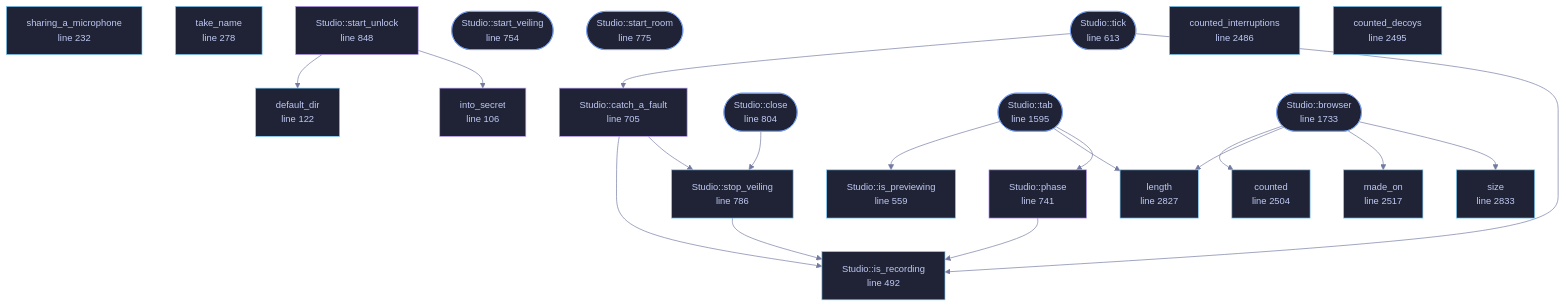
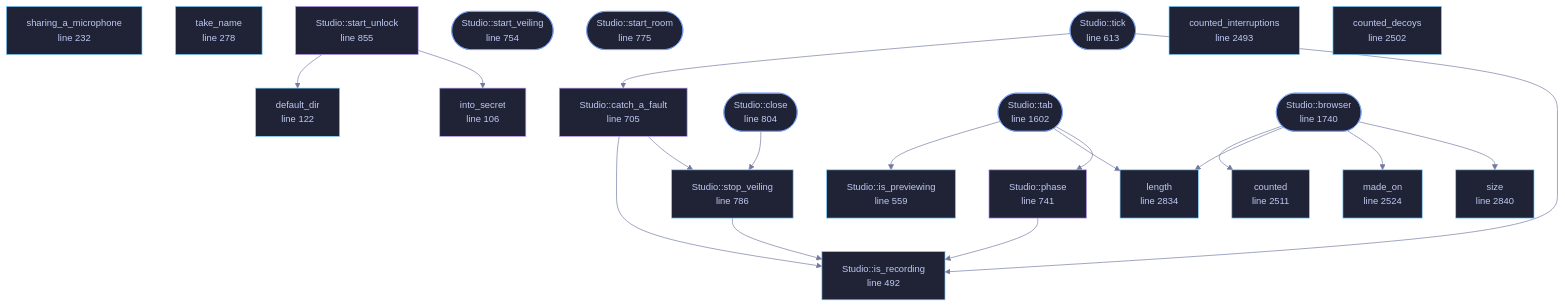
One commit to tilas01/veilvoice changed the diagram in wiki/File-veilvoice-gui-studio.md. Above: the diagram before and after it, drawn with Mermaid. The commit also changed other lines of this file and 61 other files, not shown here.

````diff
--- a/wiki/File-veilvoice-gui-studio.md
+++ b/wiki/File-veilvoice-gui-studio.md
@@ -178,70 +178,70 @@
 ```mermaid
 %%{init: {"theme":"base","themeVariables":{"background":"#1a1b26","primaryColor":"#1f2335","primaryTextColor":"#c0caf5","primaryBorderColor":"#7aa2f7","secondaryColor":"#16161e","tertiaryColor":"#16161e","lineColor":"#737aa2","textColor":"#c0caf5","mainBkg":"#1f2335","nodeBorder":"#7aa2f7","clusterBkg":"#16161e","clusterBorder":"#2f3549","fontFamily":"ui-monospace, SFMono-Regular, Consolas, monospace","fontSize":"14px"}}}%%
 flowchart TD
     n_into_secret["into_secret<br/>line 106"]
     n_default_dir["default_dir<br/>line 122"]
     n_sharing_a_microphone["sharing_a_microphone<br/>line 232"]
     n_take_name["take_name<br/>line 278"]
     n_is_recording["Studio::is_recording<br/>line 492"]
     n_is_previewing["Studio::is_previewing<br/>line 559"]
     n_tick(["Studio::tick<br/>line 613"])
     n_catch_a_fault["Studio::catch_a_fault<br/>line 705"]
     n_phase["Studio::phase<br/>line 741"]
     n_start_veiling(["Studio::start_veiling<br/>line 754"])
     n_start_room(["Studio::start_room<br/>line 775"])
     n_stop_veiling["Studio::stop_veiling<br/>line 786"]
     n_close(["Studio::close<br/>line 804"])
-    n_start_unlock["Studio::start_unlock<br/>line 848"]
-    n_tab(["Studio::tab<br/>line 1595"])
-    n_browser(["Studio::browser<br/>line 1733"])
-    n_counted_interruptions["counted_interruptions<br/>line 2486"]
-    n_counted_decoys["counted_decoys<br/>line 2495"]
-    n_counted["counted<br/>line 2504"]
-    n_made_on["made_on<br/>line 2517"]
-    n_length["length<br/>line 2827"]
-    n_size["size<br/>line 2833"]
+    n_start_unlock["Studio::start_unlock<br/>line 855"]
+    n_tab(["Studio::tab<br/>line 1602"])
+    n_browser(["Studio::browser<br/>line 1740"])
+    n_counted_interruptions["counted_interruptions<br/>line 2493"]
+    n_counted_decoys["counted_decoys<br/>line 2502"]
+    n_counted["counted<br/>line 2511"]
+    n_made_on["made_on<br/>line 2524"]
+    n_length["length<br/>line 2834"]
+    n_size["size<br/>line 2840"]
     n_browser --> n_counted
     n_browser --> n_length
     n_browser --> n_made_on
     n_browser --> n_size
     n_catch_a_fault --> n_is_recording
     n_catch_a_fault --> n_stop_veiling
     n_close --> n_stop_veiling
     n_phase --> n_is_recording
     n_start_unlock --> n_default_dir
     n_start_unlock --> n_into_secret
     n_stop_veiling --> n_is_recording
     n_tab --> n_is_previewing
     n_tab --> n_length
     n_tab --> n_phase
     n_tick --> n_catch_a_fault
     n_tick --> n_is_recording
     click n_into_secret href "https://github.com/tilas01/veilvoice/blob/main/crates/veilvoice-gui/src/studio.rs#L106" "open the source"
     click n_default_dir href "https://github.com/tilas01/veilvoice/blob/main/crates/veilvoice-gui/src/studio.rs#L122" "open the source"
     click n_sharing_a_microphone href "https://github.com/tilas01/veilvoice/blob/main/crates/veilvoice-gui/src/studio.rs#L232" "open the source"
     click n_take_name href "https://github.com/tilas01/veilvoice/blob/main/crates/veilvoice-gui/src/studio.rs#L278" "open the source"
     click n_is_recording href "https://github.com/tilas01/veilvoice/blob/main/crates/veilvoice-gui/src/studio.rs#L492" "open the source"
     click n_is_previewing href "https://github.com/tilas01/veilvoice/blob/main/crates/veilvoice-gui/src/studio.rs#L559" "open the source"
     click n_tick href "https://github.com/tilas01/veilvoice/blob/main/crates/veilvoice-gui/src/studio.rs#L613" "open the source"
     click n_catch_a_fault href "https://github.com/tilas01/veilvoice/blob/main/crates/veilvoice-gui/src/studio.rs#L705" "open the source"
     click n_phase href "https://github.com/tilas01/veilvoice/blob/main/crates/veilvoice-gui/src/studio.rs#L741" "open the source"
     click n_start_veiling href "https://github.com/tilas01/veilvoice/blob/main/crates/veilvoice-gui/src/studio.rs#L754" "open the source"
     click n_start_room href "https://github.com/tilas01/veilvoice/blob/main/crates/veilvoice-gui/src/studio.rs#L775" "open the source"
     click n_stop_veiling href "https://github.com/tilas01/veilvoice/blob/main/crates/veilvoice-gui/src/studio.rs#L786" "open the source"
     click n_close href "https://github.com/tilas01/veilvoice/blob/main/crates/veilvoice-gui/src/studio.rs#L804" "open the source"
-    click n_start_unlock href "https://github.com/tilas01/veilvoice/blob/main/crates/veilvoice-gui/src/studio.rs#L848" "open the source"
-    click n_tab href "https://github.com/tilas01/veilvoice/blob/main/crates/veilvoice-gui/src/studio.rs#L1595" "open the source"
-    click n_browser href "https://github.com/tilas01/veilvoice/blob/main/crates/veilvoice-gui/src/studio.rs#L1733" "open the source"
-    click n_counted_interruptions href "https://github.com/tilas01/veilvoice/blob/main/crates/veilvoice-gui/src/studio.rs#L2486" "open the source"
-    click n_counted_decoys href "https://github.com/tilas01/veilvoice/blob/main/crates/veilvoice-gui/src/studio.rs#L2495" "open the source"
-    click n_counted href "https://github.com/tilas01/veilvoice/blob/main/crates/veilvoice-gui/src/studio.rs#L2504" "open the source"
-    click n_made_on href "https://github.com/tilas01/veilvoice/blob/main/crates/veilvoice-gui/src/studio.rs#L2517" "open the source"
-    click n_length href "https://github.com/tilas01/veilvoice/blob/main/crates/veilvoice-gui/src/studio.rs#L2827" "open the source"
-    click n_size href "https://github.com/tilas01/veilvoice/blob/main/crates/veilvoice-gui/src/studio.rs#L2833" "open the source"
+    click n_start_unlock href "https://github.com/tilas01/veilvoice/blob/main/crates/veilvoice-gui/src/studio.rs#L855" "open the source"
+    click n_tab href "https://github.com/tilas01/veilvoice/blob/main/crates/veilvoice-gui/src/studio.rs#L1602" "open the source"
+    click n_browser href "https://github.com/tilas01/veilvoice/blob/main/crates/veilvoice-gui/src/studio.rs#L1740" "open the source"
+    click n_counted_interruptions href "https://github.com/tilas01/veilvoice/blob/main/crates/veilvoice-gui/src/studio.rs#L2493" "open the source"
+    click n_counted_decoys href "https://github.com/tilas01/veilvoice/blob/main/crates/veilvoice-gui/src/studio.rs#L2502" "open the source"
+    click n_counted href "https://github.com/tilas01/veilvoice/blob/main/crates/veilvoice-gui/src/studio.rs#L2511" "open the source"
+    click n_made_on href "https://github.com/tilas01/veilvoice/blob/main/crates/veilvoice-gui/src/studio.rs#L2524" "open the source"
+    click n_length href "https://github.com/tilas01/veilvoice/blob/main/crates/veilvoice-gui/src/studio.rs#L2834" "open the source"
+    click n_size href "https://github.com/tilas01/veilvoice/blob/main/crates/veilvoice-gui/src/studio.rs#L2840" "open the source"
     classDef entry fill:#1f2335,stroke:#7aa2f7,color:#c0caf5
     class n_tick,n_start_veiling,n_start_room,n_close,n_tab,n_browser entry
     classDef api fill:#1f2335,stroke:#7dcfff,color:#c0caf5
     class n_default_dir,n_sharing_a_microphone,n_take_name,n_is_recording,n_is_previewing,n_stop_veiling,n_counted_interruptions,n_counted_decoys,n_counted,n_made_on,n_length,n_size api
     classDef helper fill:#1f2335,stroke:#bb9af7,color:#c0caf5
     class n_into_secret,n_catch_a_fault,n_phase,n_start_unlock helper
 ```
````
